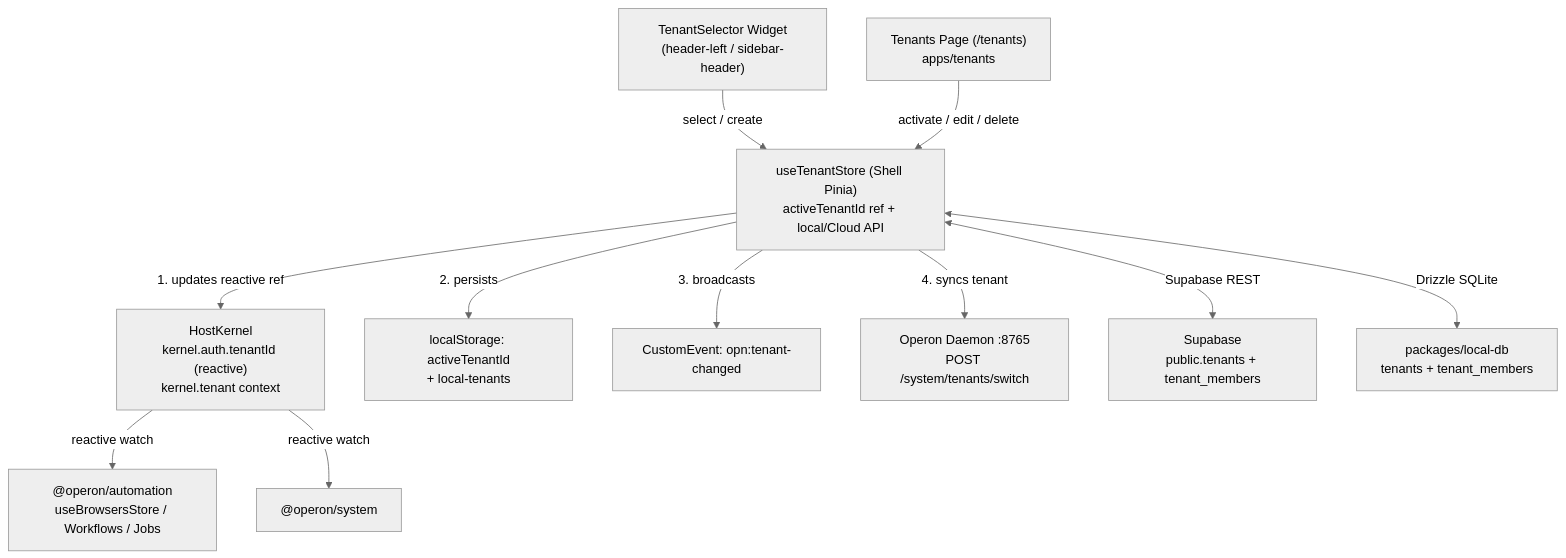
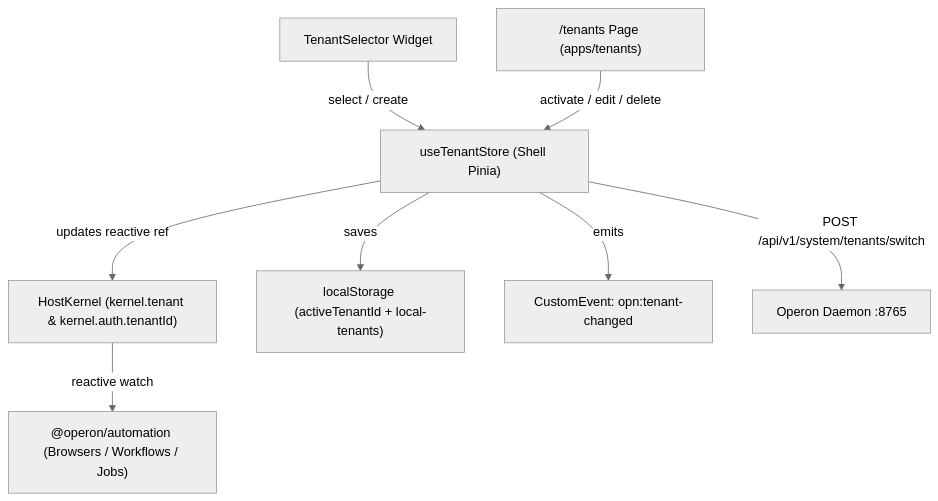
The diagram in specs/core/SPEC-001-tenant-and-widget.md (tuquet/operon), drawn with Mermaid (neutral theme) before and after one commit. The commit also changed other lines of this file and 10 other files, not shown here.

````diff
--- a/specs/core/SPEC-001-tenant-and-widget.md
+++ b/specs/core/SPEC-001-tenant-and-widget.md
@@ -11,13 +22,10 @@
 ```mermaid
 flowchart TB
-    TSW["TenantSelector Widget<br/>(header-left / sidebar-header)"] -->|select / create| STORE["useTenantStore (Shell Pinia)<br/>activeTenantId ref + local/Cloud API"]
-    TENANTS_UI["Tenants Page (/tenants)<br/>apps/tenants"] -->|activate / edit / delete| STORE
-    STORE -->|1. updates reactive ref| KERNEL["HostKernel<br/>kernel.auth.tenantId (reactive)<br/>kernel.tenant context"]
-    STORE -->|2. persists| LS["localStorage: activeTenantId<br/>+ local-tenants"]
-    STORE -->|3. broadcasts| EVT["CustomEvent: opn:tenant-changed"]
-    STORE -->|4. syncs tenant| DAEMON["Operon Daemon :8765<br/>POST /system/tenants/switch"]
-    KERNEL -->|reactive watch| AUTO["@operon/automation<br/>useBrowsersStore / Workflows / Jobs"]
-    KERNEL -->|reactive watch| SYS["@operon/system"]
-    STORE <-->|Supabase REST| CLOUD["Supabase<br/>public.tenants + tenant_members"]
-    STORE <-->|Drizzle SQLite| LDB["packages/local-db<br/>tenants + tenant_members"]
+    TSW["TenantSelector Widget"] -->|select / create| STORE["useTenantStore (Shell Pinia)"]
+    TENANTS["/tenants Page (apps/tenants)"] -->|activate / edit / delete| STORE
+    STORE -->|updates reactive ref| KERNEL["HostKernel (kernel.tenant & kernel.auth.tenantId)"]
+    STORE -->|saves| LS["localStorage (activeTenantId + local-tenants)"]
+    STORE -->|emits| EVT["CustomEvent: opn:tenant-changed"]
+    STORE -->|POST /api/v1/system/tenants/switch| DAEMON["Operon Daemon :8765"]
+    KERNEL -->|reactive watch| AUTO["@operon/automation (Browsers / Workflows / Jobs)"]
 ```
````
